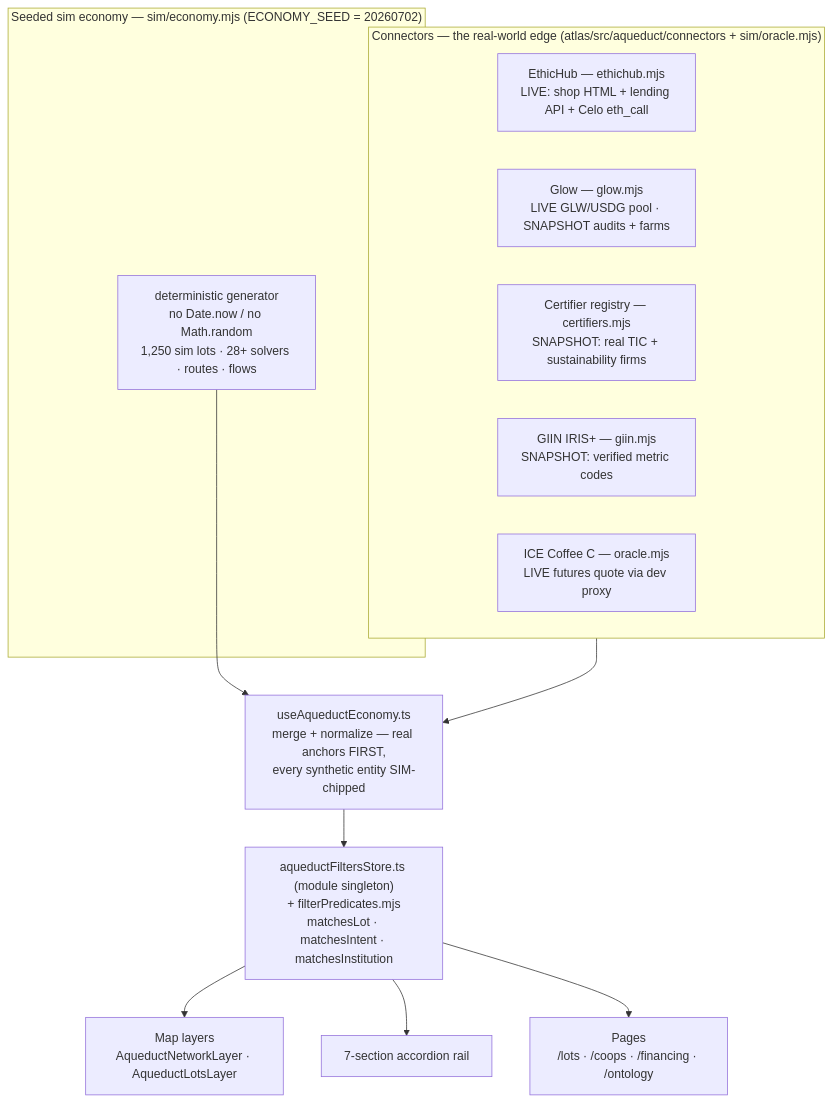
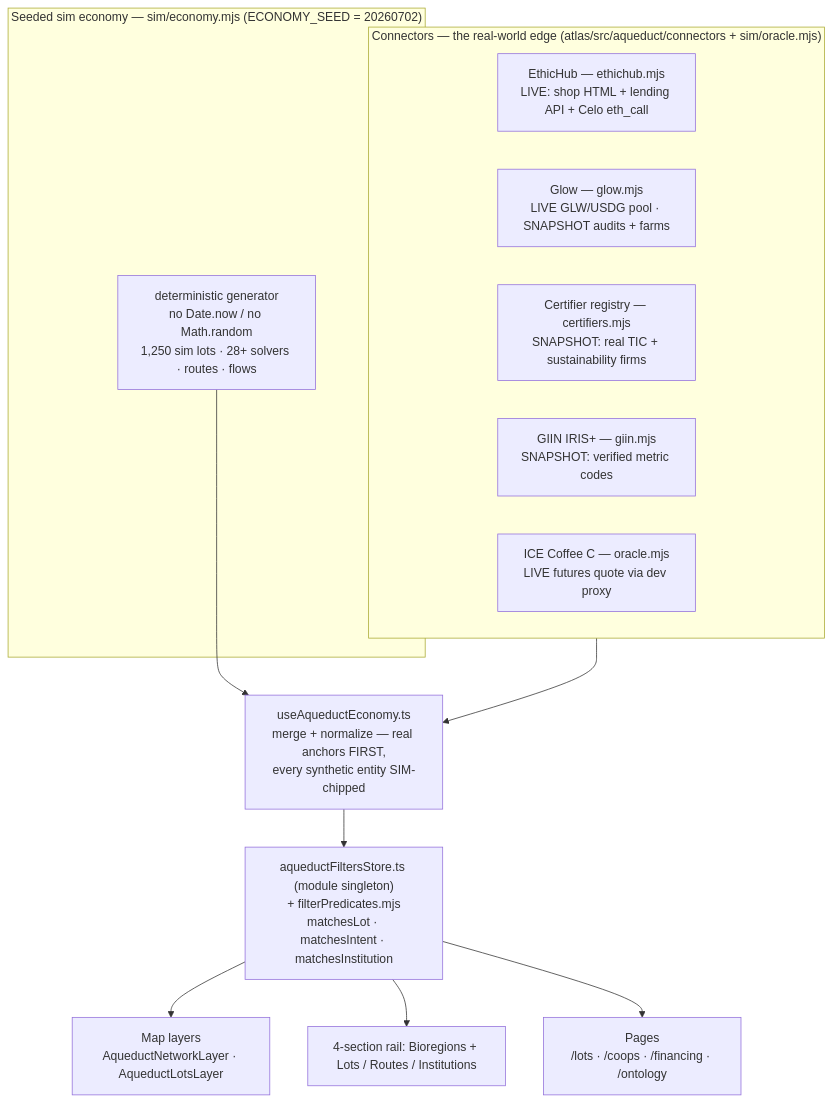
Before and after one commit to Ecofrontiers/aqueduct: the diagram in docs/ARCHITECTURE.md, drawn with Mermaid. The commit also changed other lines of this file and 33 other files, not shown here.

````diff
--- a/docs/ARCHITECTURE.md
+++ b/docs/ARCHITECTURE.md
@@ -39,20 +39,20 @@
 ```mermaid
 flowchart TD
   subgraph Connectors["Connectors — the real-world edge (atlas/src/aqueduct/connectors + sim/oracle.mjs)"]
     EH["EthicHub — ethichub.mjs<br/>LIVE: shop HTML + lending API + Celo eth_call"]
     GL["Glow — glow.mjs<br/>LIVE GLW/USDG pool · SNAPSHOT audits + farms"]
     CE["Certifier registry — certifiers.mjs<br/>SNAPSHOT: real TIC + sustainability firms"]
     GI["GIIN IRIS+ — giin.mjs<br/>SNAPSHOT: verified metric codes"]
     IC["ICE Coffee C — oracle.mjs<br/>LIVE futures quote via dev proxy"]
   end
   subgraph Sim["Seeded sim economy — sim/economy.mjs (ECONOMY_SEED = 20260702)"]
     ECON["deterministic generator<br/>no Date.now / no Math.random<br/>1,250 sim lots · 28+ solvers · routes · flows"]
   end
   Connectors --> HOOK
   ECON --> HOOK
   HOOK["useAqueductEconomy.ts<br/>merge + normalize — real anchors FIRST,<br/>every synthetic entity SIM-chipped"]
   HOOK --> STORE["aqueductFiltersStore.ts (module singleton)<br/>+ filterPredicates.mjs<br/>matchesLot · matchesIntent · matchesInstitution"]
   STORE --> MAP["Map layers<br/>AqueductNetworkLayer · AqueductLotsLayer"]
-  STORE --> RAIL["7-section accordion rail"]
+  STORE --> RAIL["4-section rail: Bioregions + Lots / Routes / Institutions"]
   STORE --> PAGES["Pages<br/>/lots · /coops · /financing · /ontology"]
 ```
````
